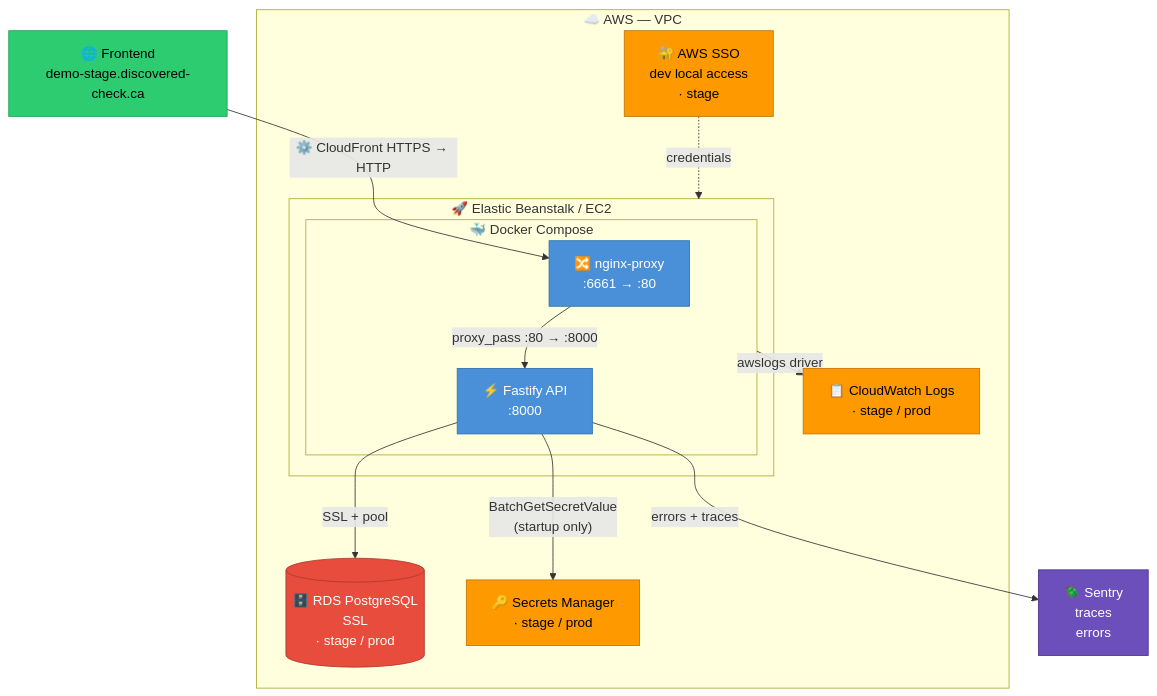
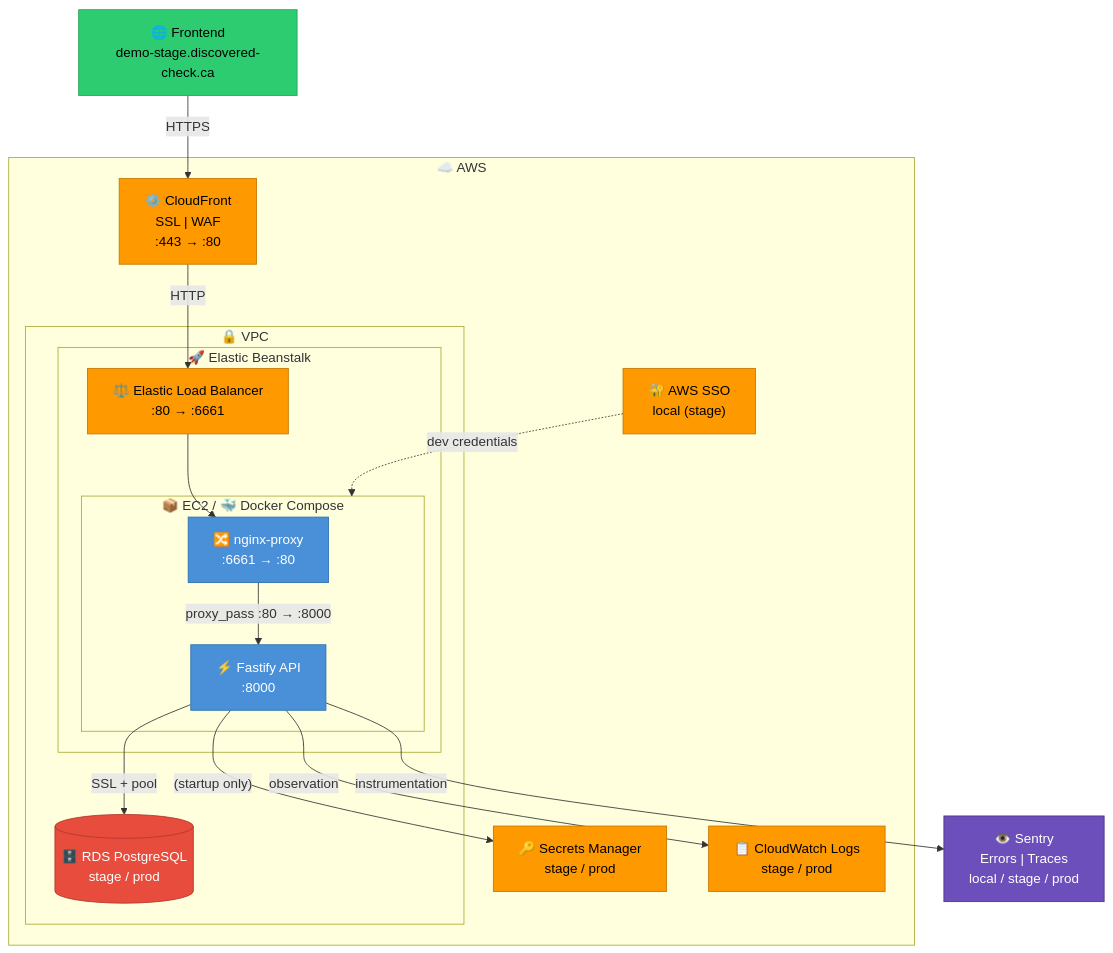
The diagram in README.md (justinl-y/demo-platform), drawn with Mermaid before and after one commit. The commit also changed other lines of this file, not shown here.

Commit message:
Readme changes

````diff
--- a/README.md
+++ b/README.md
@@ -18,40 +18,45 @@
 ```mermaid
 flowchart TD
-    Client["🌐 Frontend\ndemo-stage.discovered-check.ca"]
+    Client["🌐 Frontend<br/>demo-stage.discovered-check.ca"]
 
-    subgraph AWS["☁️ AWS — VPC"]
-        subgraph EB["🚀 Elastic Beanstalk / EC2"]
-            subgraph DC["🐳 Docker Compose"]
-                Nginx["🔀 nginx-proxy\n:6661 → :80"]
-                Nginx -->|proxy_pass :80 → :8000| API
-                API["⚡ Fastify API\n:8000"]
+    subgraph AWS["☁️ AWS"]
+        CF["⚙️ CloudFront<br/>SSL | WAF<br/>:443 → :80"]
+        subgraph VPC["🔒 VPC"]
+            subgraph EB["🚀 Elastic Beanstalk"]
+                ELB["⚖️ Elastic Load Balancer<br/>:80 → :6661"]
+                subgraph DC["📦 EC2 / 🐳 Docker Compose"]
+                    Nginx["🔀 nginx-proxy<br/>:6661 → :80"]
+                    Nginx -->|proxy_pass :80 → :8000| API
+                    API["⚡ Fastify API<br/>:8000"]
+                end
             end
+            RDS[("🗄️ RDS PostgreSQL<br/>stage / prod")]
         end
-
-        CW["📋 CloudWatch Logs\n · stage / prod"]
-        RDS[("🗄️ RDS PostgreSQL\nSSL\n · stage / prod")]
-        SM["🔑 Secrets Manager\n · stage / prod"]
-        SSO["🔐 AWS SSO\ndev local access\n · stage"]
+        SM["🔑 Secrets Manager<br/> stage / prod"]
+        CW["📋 CloudWatch Logs<br/> stage / prod"]
+        SSO["🔐 AWS SSO<br/>local (stage)"]
     end
 
-    Sentry["🪲 Sentry\ntraces \nerrors"]
+    Sentry["👁️ Sentry<br/>Errors | Traces<br/>local / stage / prod"]
 
-    Client -->|"⚙️ CloudFront HTTPS → HTTP"| Nginx
-    DC -->|"awslogs driver"| CW
-    API -->|"BatchGetSecretValue\n(startup only)"| SM
+    Client -->|"HTTPS"| CF
+    CF -->|"HTTP"| ELB
+    ELB -->| | Nginx
+    API -->|"observation"| CW
+    API -->|"(startup only)"| SM
     API -->|"SSL + pool"| RDS
-    API -->|"errors + traces"| Sentry
-    SSO -.->|"credentials"| EB
+    API -->|"instrumentation"| Sentry
+    SSO -.->|"dev credentials"| DC
 
     classDef aws fill:#FF9900,stroke:#c47600,color:#000
     classDef app fill:#4A90D9,stroke:#2c6fad,color:#fff
     classDef external fill:#6C4FBB,stroke:#4a3485,color:#fff
     classDef client fill:#2ECC71,stroke:#1fa355,color:#000
     classDef db fill:#E74C3C,stroke:#b03a2e,color:#fff
 
     class Client client
     class Nginx,API app
     class RDS db
-    class SM,CW,SSO aws
+    class SM,CW,SSO,ELB,CF aws
     class Sentry external
 ```
````
